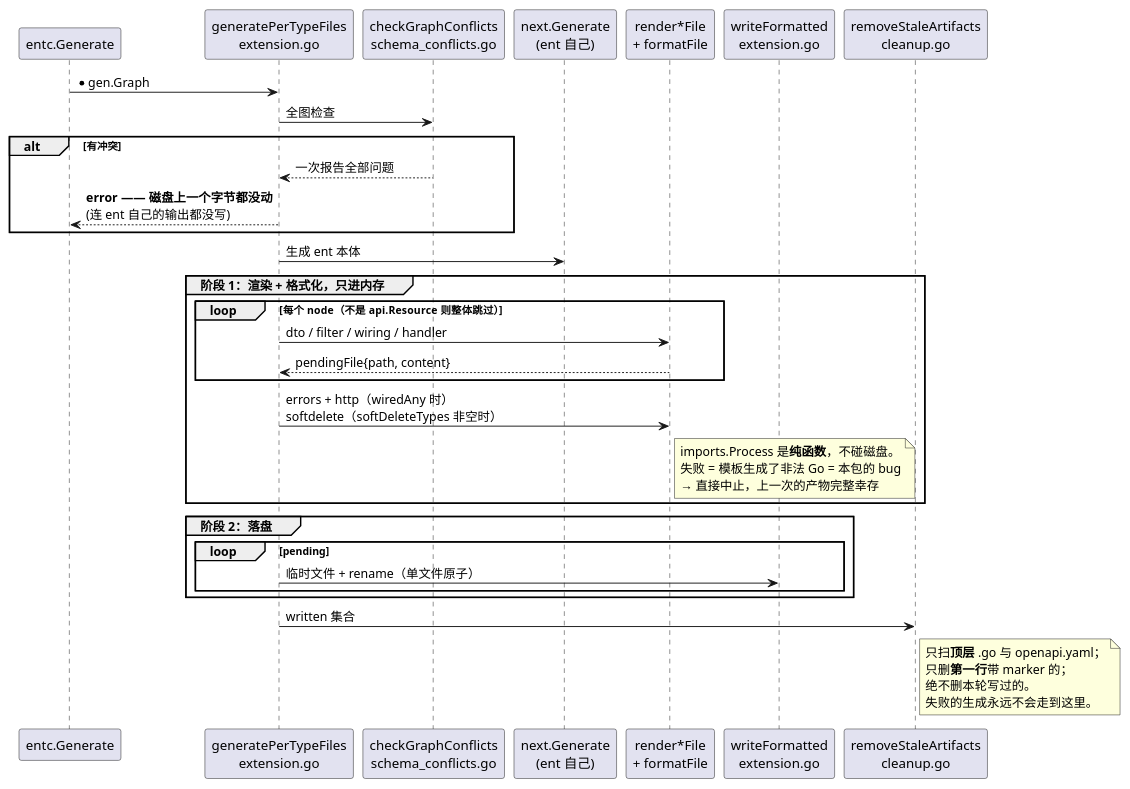
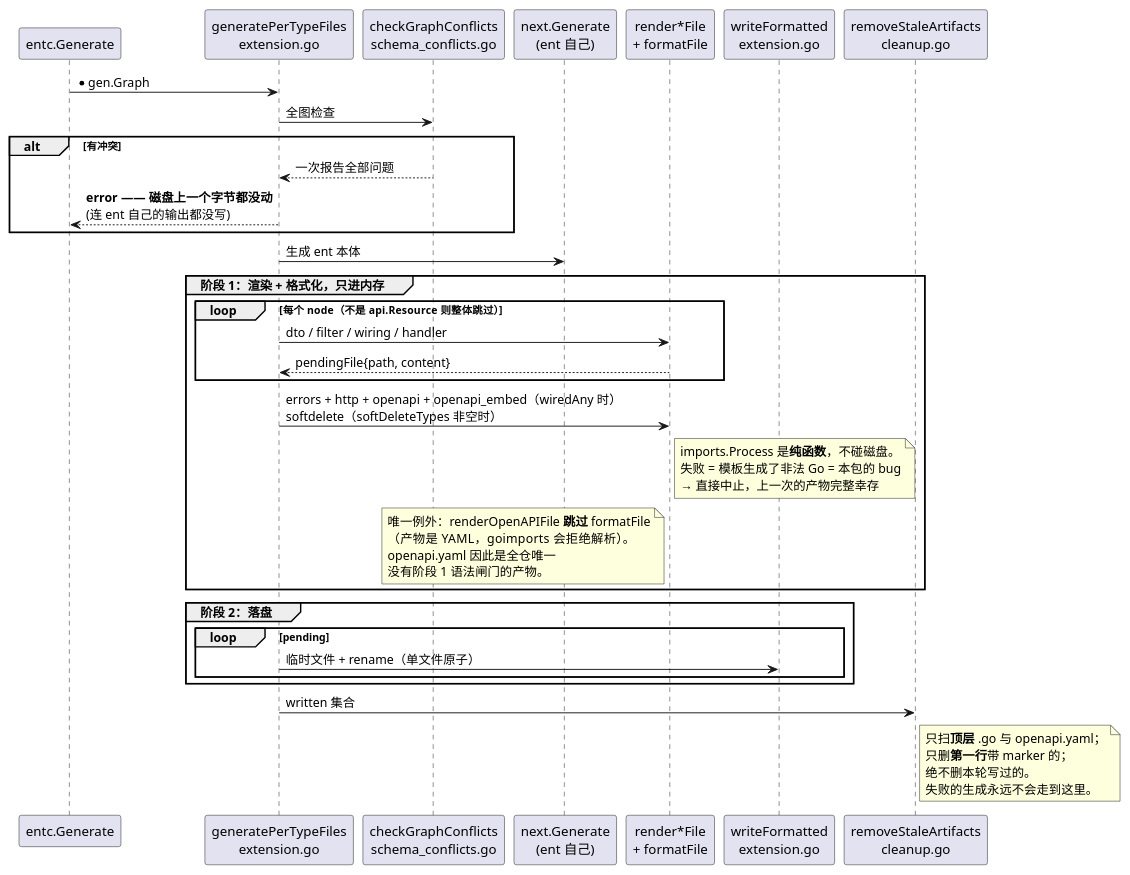
Before and after one commit to githonllc/entapi: the fourth of 6 diagrams in docs/ARCHITECTURE.md, drawn with PlantUML. The commit also changed other lines of this file and 3 other files, not shown here.

````diff
--- a/docs/ARCHITECTURE.md
+++ b/docs/ARCHITECTURE.md
@@ -309,44 +359,50 @@
 ```plantuml
 @startuml
 skinparam shadowing false
 participant "entc.Generate" as ENTC
 participant "generatePerTypeFiles\nextension.go" as HOOK
 participant "checkGraphConflicts\nschema_conflicts.go" as CONF
 participant "next.Generate\n(ent 自己)" as NEXT
 participant "render*File\n+ formatFile" as REND
 participant "writeFormatted\nextension.go" as WRITE
 participant "removeStaleArtifacts\ncleanup.go" as CLEAN
 
 ENTC -> HOOK : *gen.Graph
 HOOK -> CONF : 全图检查
 alt 有冲突
   CONF --> HOOK : 一次报告全部问题
   HOOK --> ENTC : **error —— 磁盘上一个字节都没动**\n(连 ent 自己的输出都没写)
 end
 HOOK -> NEXT : 生成 ent 本体
 group **阶段 1：渲染 + 格式化，只进内存**
   loop 每个 node（不是 api.Resource 则整体跳过）
     HOOK -> REND : dto / filter / wiring / handler
     REND --> HOOK : pendingFile{path, content}
   end
-  HOOK -> REND : errors + http（wiredAny 时）\nsoftdelete（softDeleteTypes 非空时）
+  HOOK -> REND : errors + http + openapi + openapi_embed（wiredAny 时）\nsoftdelete（softDeleteTypes 非空时）
   note right of REND
     imports.Process 是**纯函数**，不碰磁盘。
     失败 = 模板生成了非法 Go = 本包的 bug
     → 直接中止，上一次的产物完整幸存
+  end note
+  note left of REND
+    唯一例外：renderOpenAPIFile **跳过** formatFile
+    （产物是 YAML，goimports 会拒绝解析）。
+    openapi.yaml 因此是全仓唯一
+    没有阶段 1 语法闸门的产物。
   end note
 end
 group **阶段 2：落盘**
   loop pending
     HOOK -> WRITE : 临时文件 + rename（单文件原子）
   end
 end
 HOOK -> CLEAN : written 集合
 note right of CLEAN
   只扫**顶层** .go 与 openapi.yaml；
   只删**第一行**带 marker 的；
   绝不删本轮写过的。
   失败的生成永远不会走到这里。
 end note
 @enduml
 ```
````
